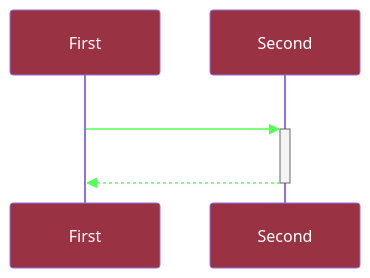
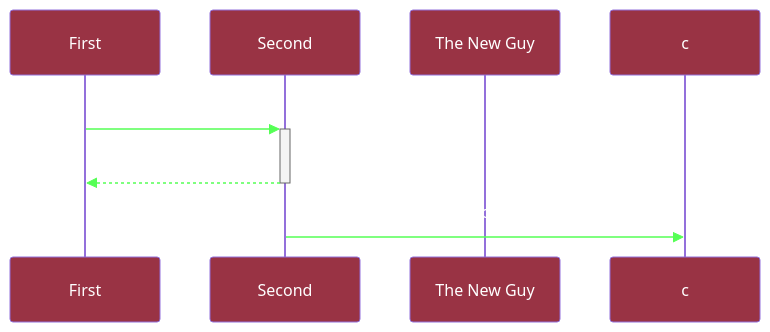
One commit to Kjartanl/mermaid changed the diagram in docs/basics.md. Above: the diagram before and after it, drawn with Mermaid. The commit also changed 4 other files, not shown here.

Commit message:
diagrams & docs updated

````diff
--- a/docs/basics.md
+++ b/docs/basics.md
@@ -41,19 +41,21 @@
 ```mermaid
 sequenceDiagram
 
 %%{
     init: {
         'themeVariables': {
             'actorBkg': '#993344",
             'actorTextColor': '#ffffff',
             'signalTextColor': '#ffffff',
             'signalColor': '#55ff55'
         }
     }
 }%%
 
 participant A as First
 participant B as Second
+participant C as The New Guy
 A->>+B:  Message
 B-->>-A:  Response
+B->>c: Yo!
 ```
````
